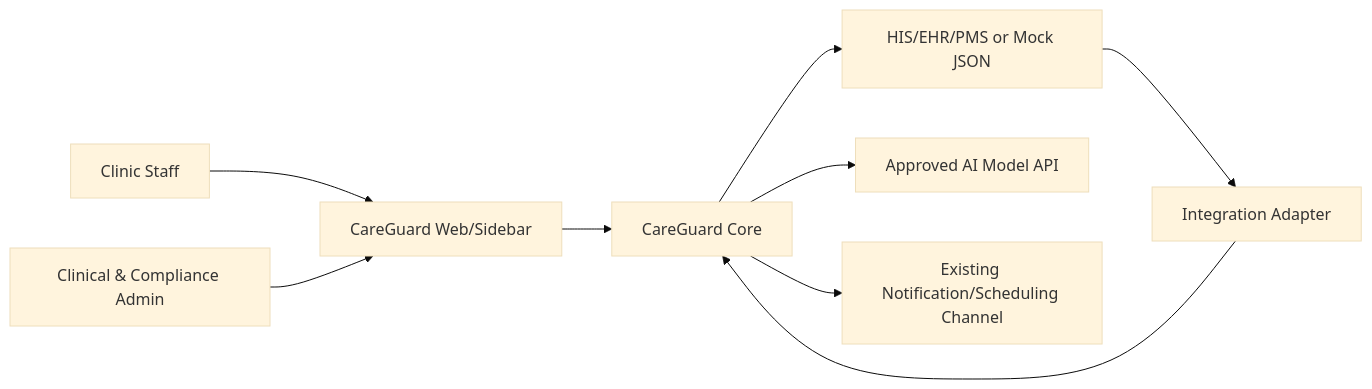
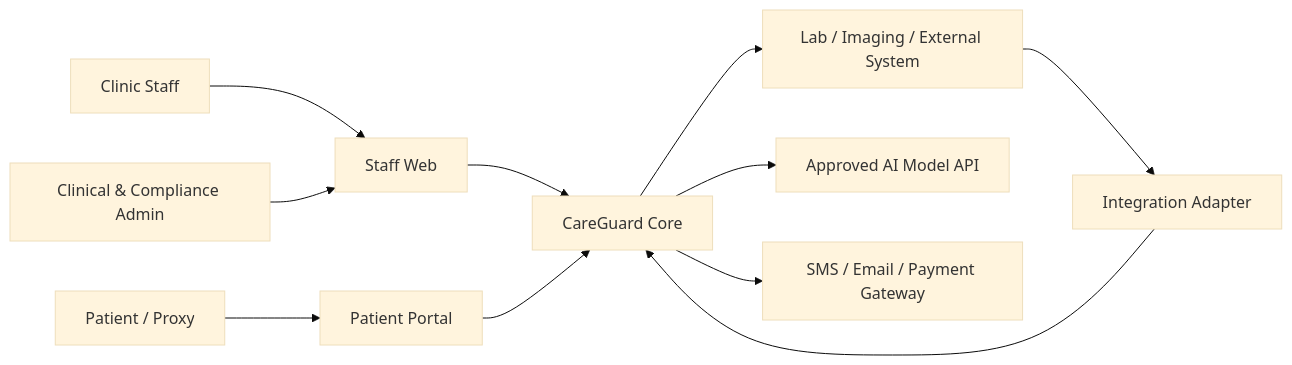
One commit to tbmdemi/EnterEngineering changed the first of 5 diagrams in architecture.md. Above: the diagram before and after it, drawn with Mermaid (base theme). The commit also changed other lines of this file and 2 other files, not shown here.

````diff
--- a/architecture.md
+++ b/architecture.md
@@ -19,11 +19,13 @@
 ```mermaid
 flowchart LR
-    Staff[Clinic Staff] --> Web[CareGuard Web/Sidebar]
+    Staff[Clinic Staff] --> Web[Staff Web]
+    Patient[Patient / Proxy] --> Portal[Patient Portal]
     Admin[Clinical & Compliance Admin] --> Web
-    Source[HIS/EHR/PMS or Mock JSON] --> Adapter[Integration Adapter]
+    Device[Lab / Imaging / External System] --> Adapter[Integration Adapter]
     Adapter --> Core[CareGuard Core]
     Web --> Core
+    Portal --> Core
     Core --> Model[Approved AI Model API]
-    Core --> Source
-    Core --> Notify[Existing Notification/Scheduling Channel]
+    Core --> Device
+    Core --> Notify[SMS / Email / Payment Gateway]
 ```
````
